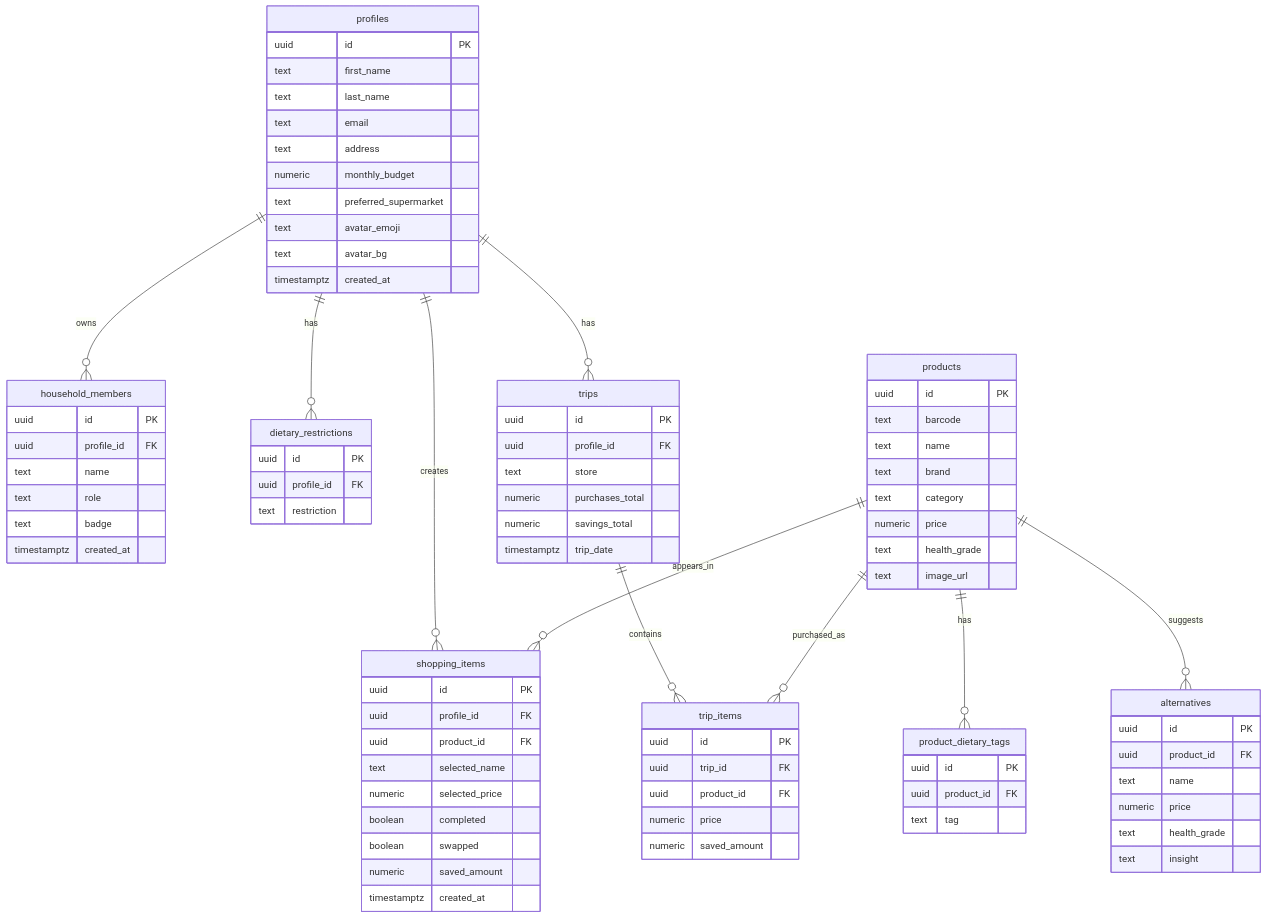
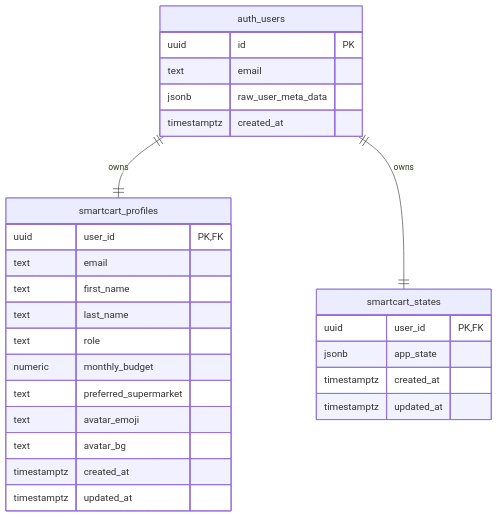
One commit to mimi5588/smartcart-project changed the diagram in README.md. Above: the diagram before and after it, drawn with Mermaid. The commit also changed other lines of this file and 8 other files, not shown here.

````diff
--- a/README.md
+++ b/README.md
@@ -77,95 +67,33 @@
 ```mermaid
 erDiagram
-  profiles {
+  auth_users ||--|| smartcart_profiles : owns
+  auth_users ||--|| smartcart_states : owns
+
+  auth_users {
     uuid id PK
+    text email
+    jsonb raw_user_meta_data
+    timestamptz created_at
+  }
+
+  smartcart_profiles {
+    uuid user_id PK, FK
+    text email
     text first_name
     text last_name
-    text email
-    text address
+    text role
     numeric monthly_budget
     text preferred_supermarket
     text avatar_emoji
     text avatar_bg
     timestamptz created_at
+    timestamptz updated_at
   }
 
-  household_members {
-    uuid id PK
-    uuid profile_id FK
-    text name
-    text role
-    text badge
+  smartcart_states {
+    uuid user_id PK, FK
+    jsonb app_state
     timestamptz created_at
+    timestamptz updated_at
   }
-
-  dietary_restrictions {
-    uuid id PK
-    uuid profile_id FK
-    text restriction
-  }
-
-  products {
-    uuid id PK
-    text barcode
-    text name
-    text brand
-    text category
-    numeric price
-    text health_grade
-    text image_url
-  }
-
-  product_dietary_tags {
-    uuid id PK
-    uuid product_id FK
-    text tag
-  }
-
-  alternatives {
-    uuid id PK
-    uuid product_id FK
-    text name
-    numeric price
-    text health_grade
-    text insight
-  }
-
-  shopping_items {
-    uuid id PK
-    uuid profile_id FK
-    uuid product_id FK
-    text selected_name
-    numeric selected_price
-    boolean completed
-    boolean swapped
-    numeric saved_amount
-    timestamptz created_at
-  }
-
-  trips {
-    uuid id PK
-    uuid profile_id FK
-    text store
-    numeric purchases_total
-    numeric savings_total
-    timestamptz trip_date
-  }
-
-  trip_items {
-    uuid id PK
-    uuid trip_id FK
-    uuid product_id FK
-    numeric price
-    numeric saved_amount
-  }
-
-  profiles ||--o{ household_members : owns
-  profiles ||--o{ dietary_restrictions : has
-  profiles ||--o{ shopping_items : creates
-  profiles ||--o{ trips : has
-  products ||--o{ product_dietary_tags : has
-  products ||--o{ alternatives : suggests
-  products ||--o{ shopping_items : appears_in
-  trips ||--o{ trip_items : contains
-  products ||--o{ trip_items : purchased_as
 ```
````
